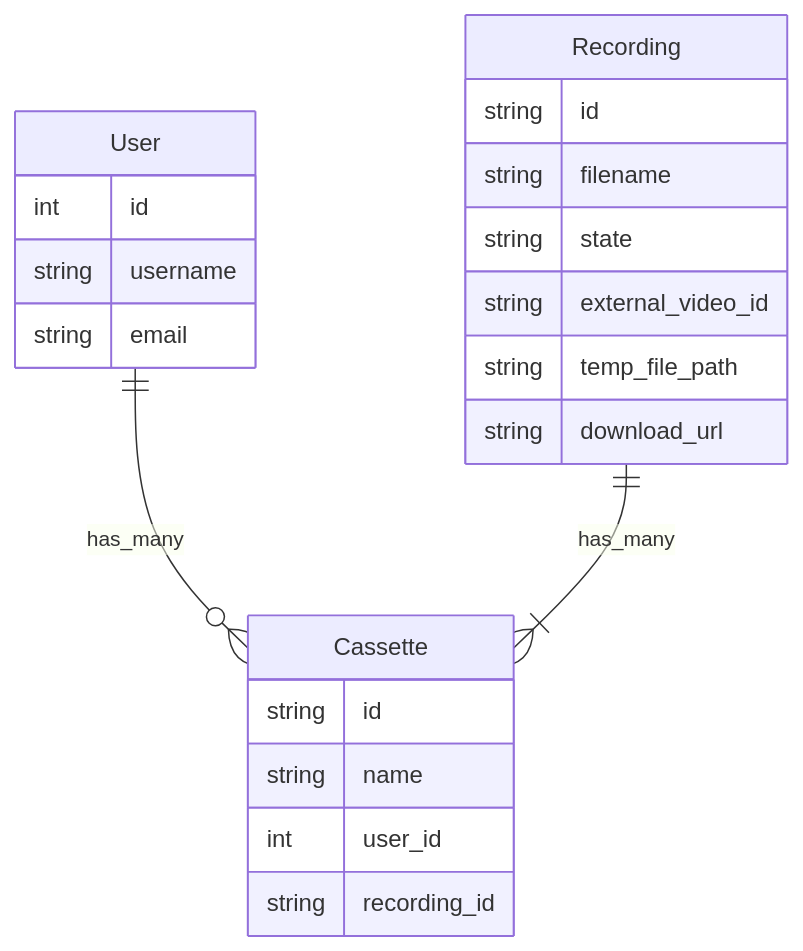
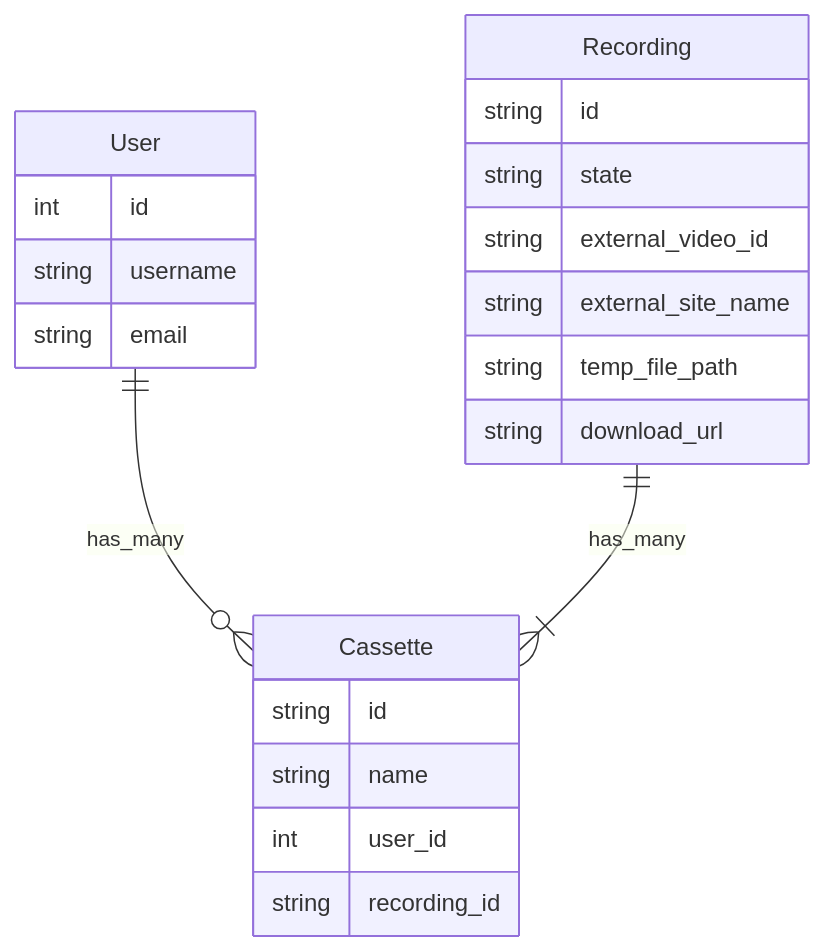
Before and after one commit to DaniruKun/ytvcr: the second of 3 diagrams in designdoc.md, drawn with Mermaid. The commit also changed other lines of this file and 10 other files, not shown here.

Commit message:
Add `Recordings` table and schema

````diff
--- a/designdoc.md
+++ b/designdoc.md
@@ -64,27 +64,27 @@
 ```mermaid
 erDiagram
   User {
    int id
    string username
    string email
   }
 
   Cassette {
    string id
    string name
    int user_id
    string recording_id
   }
 
   Recording {
    string id
-   string filename
    string state
    string external_video_id
+   string external_site_name
    string temp_file_path
    string download_url
   }
 
   User ||--o{ Cassette : has_many
   Recording ||--|{ Cassette : has_many
 ```
````
